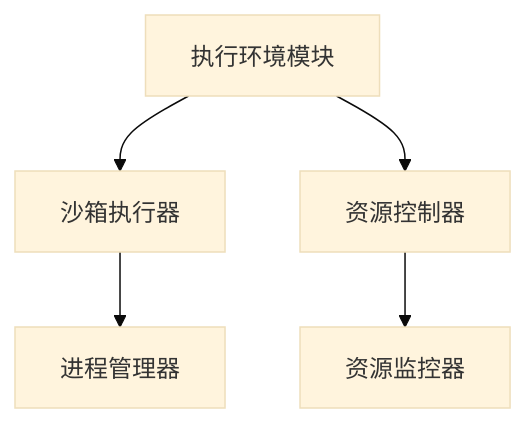
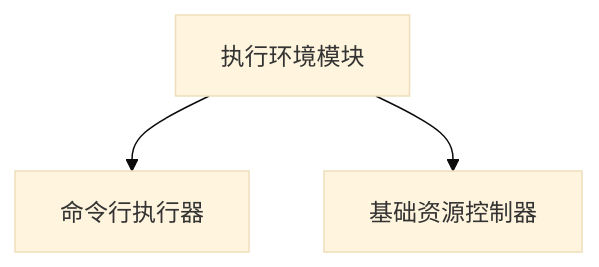
One commit to lengzhao/vm changed the first of 3 diagrams in docs/detailed_design/execution_environment_detailed_design.md. Above: the diagram before and after it, drawn with Mermaid (base theme). The commit also changed other lines of this file and 12 other files, not shown here.

````diff
--- a/docs/detailed_design/execution_environment_detailed_design.md
+++ b/docs/detailed_design/execution_environment_detailed_design.md
@@ -24,7 +25,5 @@
 ```mermaid
 graph TD
-A[执行环境模块] --> B[沙箱执行器]
-A --> C[资源控制器]
-B --> D[进程管理器]
-C --> E[资源监控器]
+A[执行环境模块] --> B[命令行执行器]
+A --> C[基础资源控制器]
 ```
````
